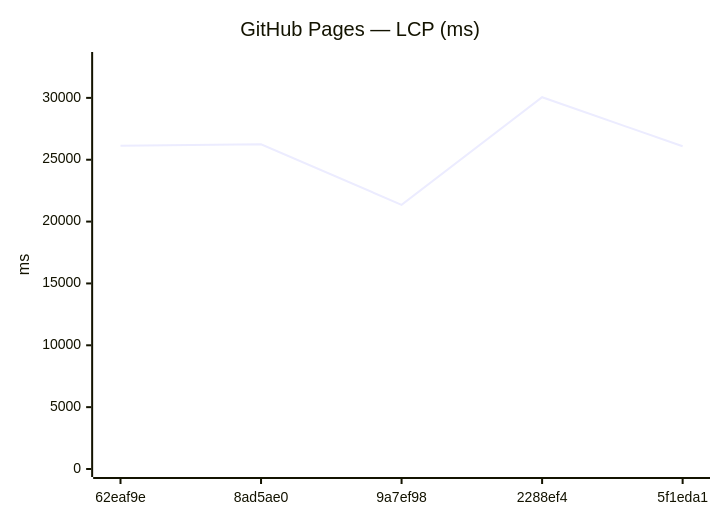
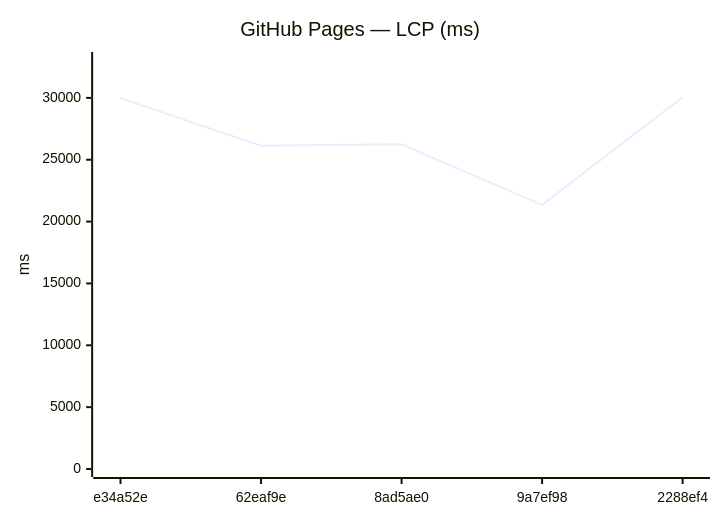
The seventh of 12 diagrams in benchmarks/compare.md (Metaheurist/Rianell), drawn with Mermaid before and after one commit. The commit also changed other lines of this file and 8 other files, not shown here.

````diff
--- a/benchmarks/compare.md
+++ b/benchmarks/compare.md
@@ -107,7 +107,7 @@
 ```mermaid
 xychart-beta
     title "GitHub Pages — LCP (ms)"
-    x-axis ["62eaf9e", "8ad5ae0", "9a7ef98", "2288ef4", "5f1eda1"]
+    x-axis ["e34a52e", "62eaf9e", "8ad5ae0", "9a7ef98", "2288ef4"]
     y-axis "ms" 0 --> 33062
-    line [26139, 26251, 21355, 30056, 26085]
+    line [29974, 26139, 26251, 21355, 30056]
 ```
````
